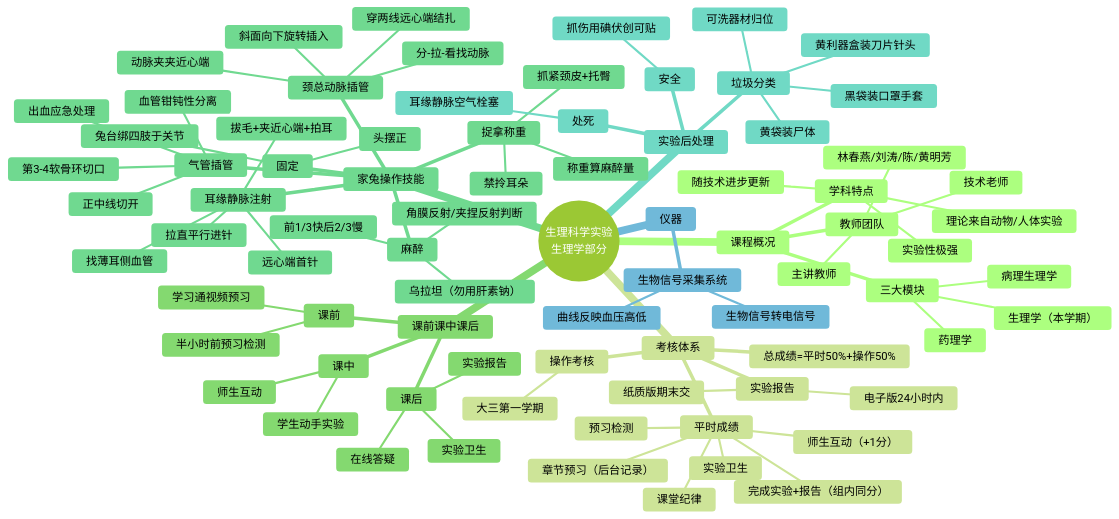
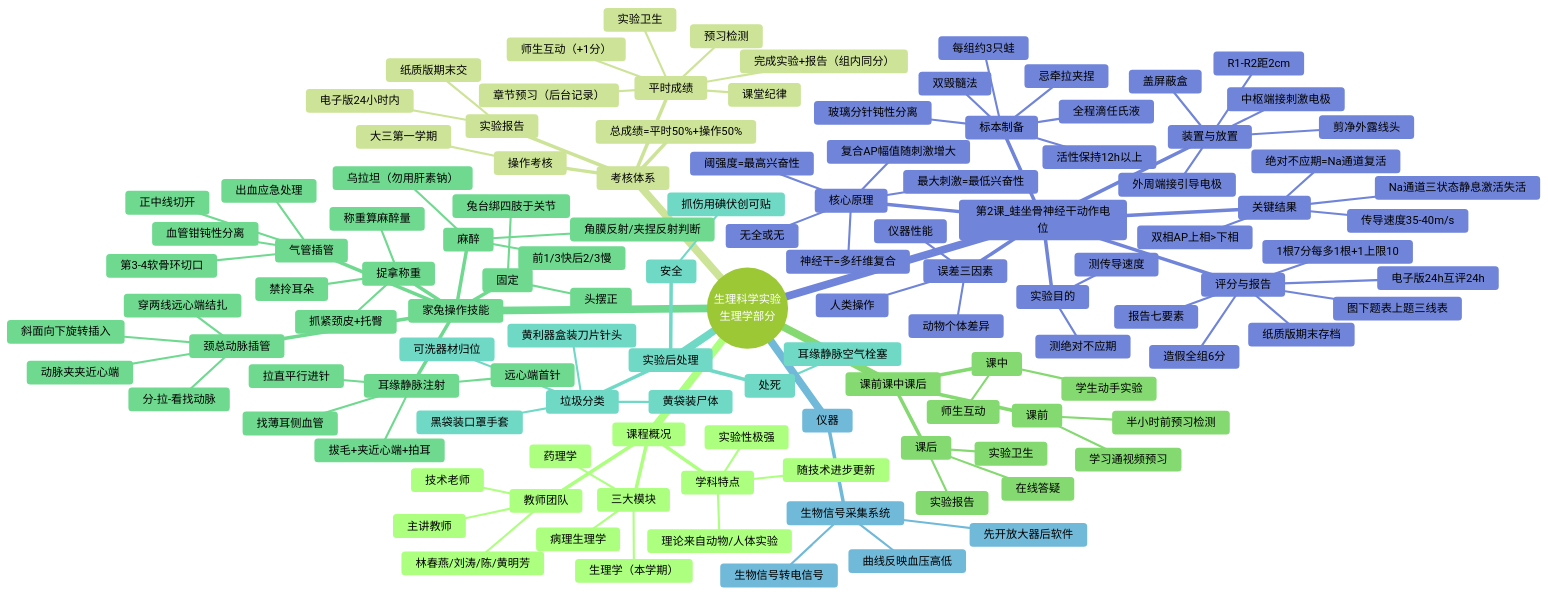
Before and after one commit to braisvg/public-notes: the diagram in 03_生理科学实验（医学机能学实验）/知识框架与思维导图.md, drawn with Mermaid (forest theme). The commit also changed other lines of this file and 13 other files, not shown here.

````diff
--- a/03_生理科学实验（医学机能学实验）/知识框架与思维导图.md
+++ b/03_生理科学实验（医学机能学实验）/知识框架与思维导图.md
@@ -84,4 +84,44 @@
       生物信号采集系统
         生物信号转电信号
         曲线反映血压高低
+        先开放大器后软件
+    第2课_蛙坐骨神经干动作电位
+      实验目的
+        测传导速度
+        测绝对不应期
+      标本制备
+        每组约3只蛙
+        双毁髓法
+        玻璃分针钝性分离
+        忌牵拉夹捏
+        全程滴任氏液
+        活性保持12h以上
+      装置与放置
+        中枢端接刺激电极
+        外周端接引导电极
+        R1-R2距2cm
+        剪净外露线头
+        盖屏蔽盒
+      核心原理
+        神经干=多纤维复合
+        复合AP幅值随刺激增大
+        无全或无
+        阈强度=最高兴奋性
+        最大刺激=最低兴奋性
+      关键结果
+        双相AP上相>下相
+        传导速度35-40m/s
+        绝对不应期=Na通道复活
+        Na通道三状态静息激活失活
+      误差三因素
+        动物个体差异
+        人类操作
+        仪器性能
+      评分与报告
+        1根7分每多1根+1上限10
+        造假全组6分
+        报告七要素
+        图下题表上题三线表
+        电子版24h互评24h
+        纸质版期末存档
 ```
````
